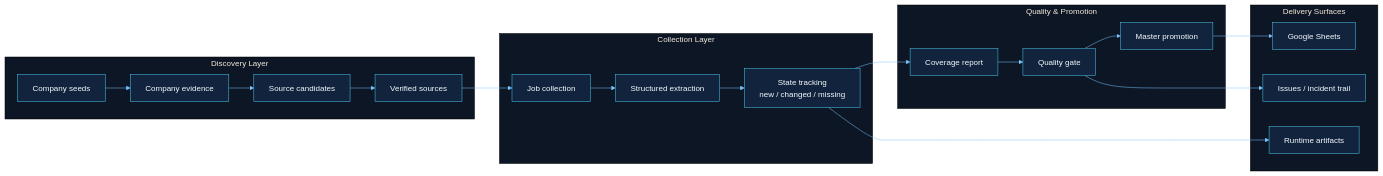
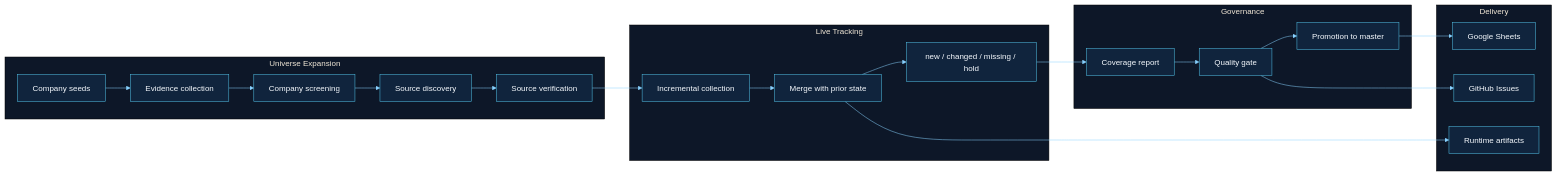
One commit to mwithgod3952/Biz-Voyager changed the first of 2 diagrams in README.md. Above: the diagram before and after it, drawn with Mermaid. The commit also changed other lines of this file, not shown here.

````diff
--- a/README.md
+++ b/README.md
@@ -43,43 +52,43 @@
 ```mermaid
 %%{init: {'theme':'base','themeVariables': {
-  'primaryColor':'#12243d',
-  'primaryTextColor':'#f5fbff',
-  'primaryBorderColor':'#4cc9f0',
-  'lineColor':'#7cc4ff',
-  'secondaryColor':'#17355a',
+  'primaryColor':'#10243d',
+  'primaryTextColor':'#f7fbff',
+  'primaryBorderColor':'#54c6eb',
+  'secondaryColor':'#17365e',
   'secondaryTextColor':'#eef7ff',
-  'tertiaryColor':'#0c1625',
-  'fontFamily':'Inter, Segoe UI, sans-serif'
+  'tertiaryColor':'#0d1728',
+  'lineColor':'#89d2ff',
+  'fontFamily':'Avenir Next, Segoe UI, sans-serif'
 }}}%%
 flowchart LR
-    subgraph Discovery["Discovery Layer"]
+    subgraph Universe["Universe Expansion"]
         A["Company seeds"]
-        B["Company evidence"]
-        C["Source candidates"]
-        D["Verified sources"]
+        B["Evidence collection"]
+        C["Company screening"]
+        D["Source discovery"]
+        E["Source verification"]
     end
 
-    subgraph Collection["Collection Layer"]
-        E["Job collection"]
-        F["Structured extraction"]
-        G["State tracking<br/>new / changed / missing"]
+    subgraph Tracking["Live Tracking"]
+        F["Incremental collection"]
+        G["Merge with prior state"]
+        H["new / changed / missing / hold"]
     end
 
-    subgraph Governance["Quality & Promotion"]
-        H["Coverage report"]
-        I["Quality gate"]
-        J["Master promotion"]
+    subgraph Governance["Governance"]
+        I["Coverage report"]
+        J["Quality gate"]
+        K["Promotion to master"]
     end
 
-    subgraph Delivery["Delivery Surfaces"]
-        K["Google Sheets"]
-        L["Runtime artifacts"]
-        M["Issues / incident trail"]
+    subgraph Delivery["Delivery"]
+        L["Google Sheets"]
+        M["Runtime artifacts"]
+        N["GitHub Issues"]
     end
 
-    A --> B --> C --> D
-    D --> E --> F --> G
-    G --> H --> I --> J --> K
-    G --> L
-    I --> M
+    A --> B --> C --> D --> E
+    E --> F --> G --> H --> I --> J --> K --> L
+    G --> M
+    J --> N
 ```
````
